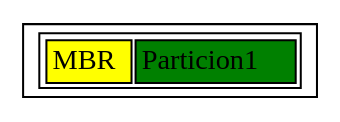
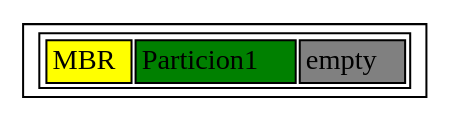
The diagram in PROYECTO/rep.dot (Bvhdc/MIAVAC22), drawn with Graphviz before and after one commit. The commit also changed 10 other files, not shown here.

```diff
--- a/PROYECTO/rep.dot
+++ b/PROYECTO/rep.dot
@@ -1,3 +1,3 @@
 digraph DSK {
-node [shape=record];struct0 [label=<<TABLE><tr><td bgcolor="yellow">MBR</td><td bgcolor="green">Particion1</td></tr></TABLE>>];
+node [shape=record];struct0 [label=<<TABLE><tr><td bgcolor="yellow">MBR</td><td bgcolor="green" width="58%">Particion1</td><td bgcolor="gray" width="42%">empty</td></tr></TABLE>>];
 }
```
